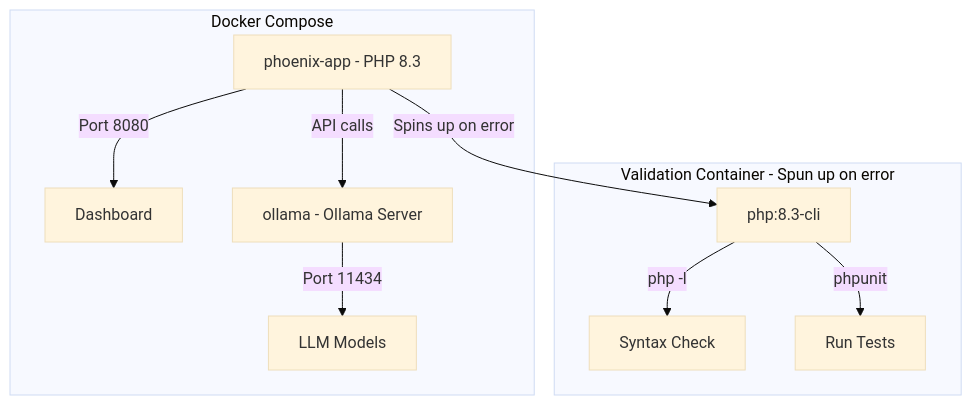
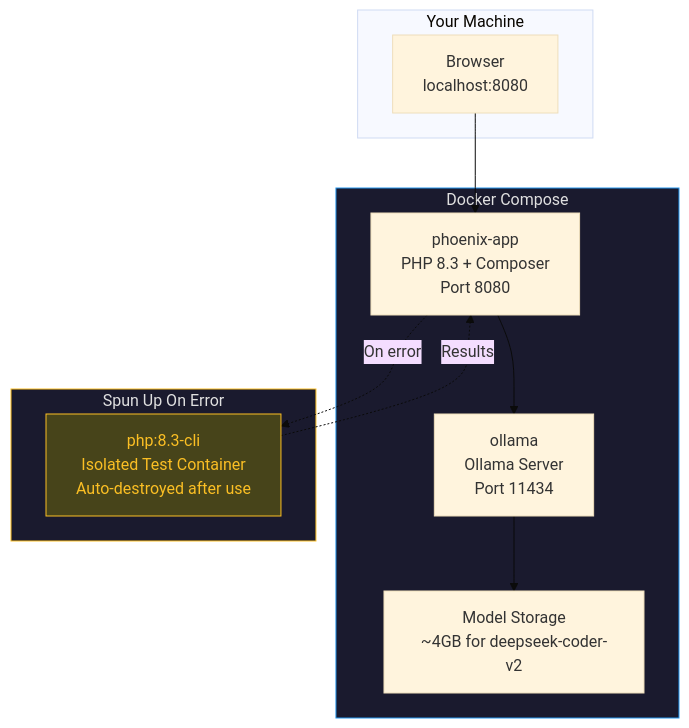
One commit to soumyachk101/Pheonix changed the fifth of 7 diagrams in README.md. Above: the diagram before and after it, drawn with Mermaid (base theme). The commit also changed other lines of this file, not shown here.

````diff
--- a/README.md
+++ b/README.md
@@ -544,15 +956,26 @@
 ```mermaid
 graph TB
-    subgraph Docker_Compose[Docker Compose]
-        A[phoenix-app - PHP 8.3] -->|Port 8080| B[Dashboard]
-        A -->|API calls| C[ollama - Ollama Server]
-        C -->|Port 11434| D[LLM Models]
+    subgraph HOST[Your Machine]
+        BROWSER[Browser<br>localhost:8080]
     end
 
-    subgraph Validation_Container[Validation Container - Spun up on error]
-        E[php:8.3-cli] -->|php -l| F[Syntax Check]
-        E -->|phpunit| G[Run Tests]
+    subgraph COMPOSE[Docker Compose]
+        APP[phoenix-app<br>PHP 8.3 + Composer<br>Port 8080]
+        OLLAMA[ollama<br>Ollama Server<br>Port 11434]
+        MODELS[Model Storage<br>~4GB for deepseek-coder-v2]
     end
 
-    A -->|Spins up on error| E
+    subgraph ON_DEMAND[Spun Up On Error]
+        SANDBOX[php:8.3-cli<br>Isolated Test Container<br>Auto-destroyed after use]
+    end
+
+    BROWSER --> APP
+    APP --> OLLAMA
+    OLLAMA --> MODELS
+    APP -.->|On error| SANDBOX
+    SANDBOX -.->|Results| APP
+
+    style COMPOSE fill:#1a1a2e,stroke:#2496ED,color:#e0e0e0
+    style ON_DEMAND fill:#1a1a2e,stroke:#fbbf24,color:#e0e0e0
+    style SANDBOX fill:#47441a,stroke:#fbbf24,color:#fbbf24
 ```
````
